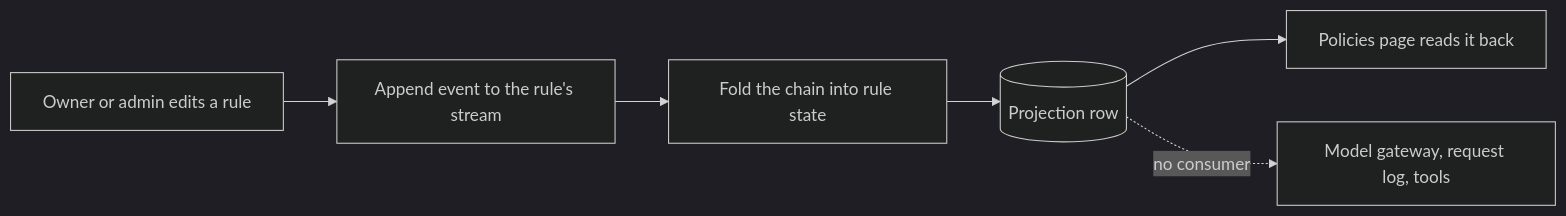
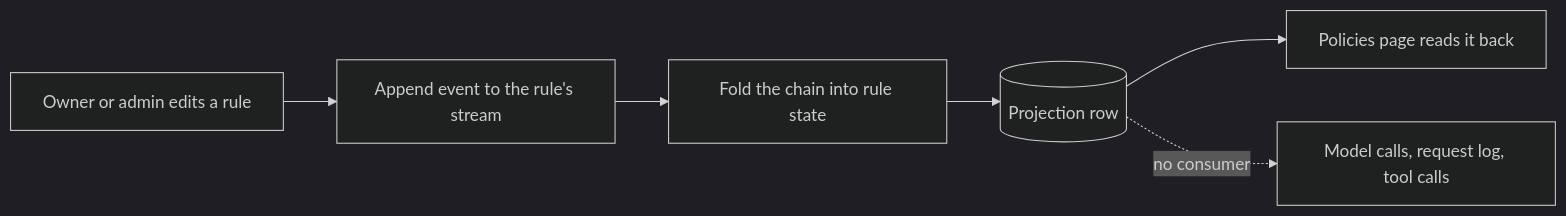
The diagram in guard/policies.mdx (kentronai/kentronai-docs), drawn with Mermaid (dark theme) before and after one commit. The commit also changed other lines of this file and 126 other files, not shown here.

````diff
--- a/guard/policies.mdx
+++ b/guard/policies.mdx
@@ -105,8 +105,8 @@
 ```mermaid
 flowchart LR
   Admin[Owner or admin edits a rule] --> Append[Append event to the rule's stream]
   Append --> Fold[Fold the chain into rule state]
   Fold --> Row[(Projection row)]
   Row --> Page[Policies page reads it back]
-  Row -. no consumer .-> Runtime[Model gateway, request log, tools]
+  Row -. no consumer .-> Runtime[Model calls, request log, tool calls]
 ```
````
